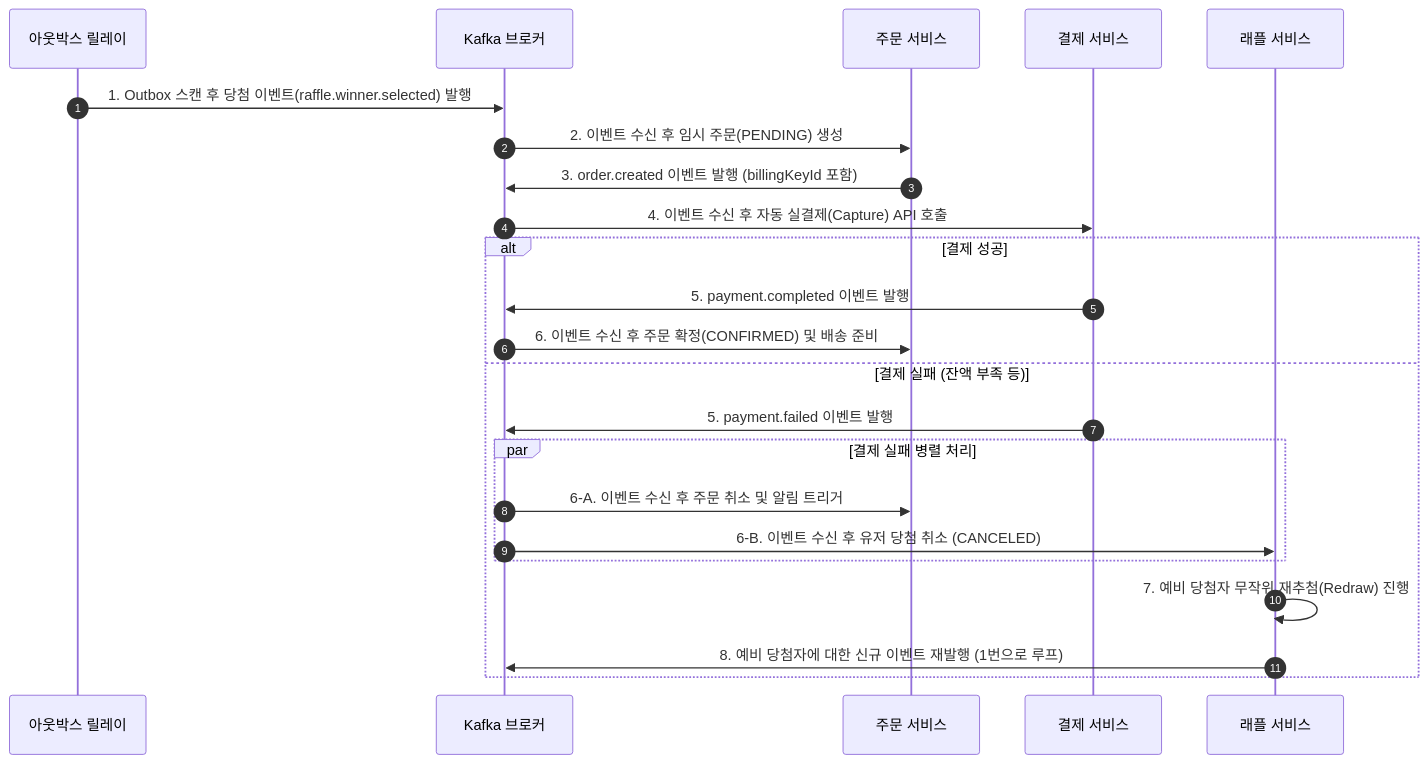
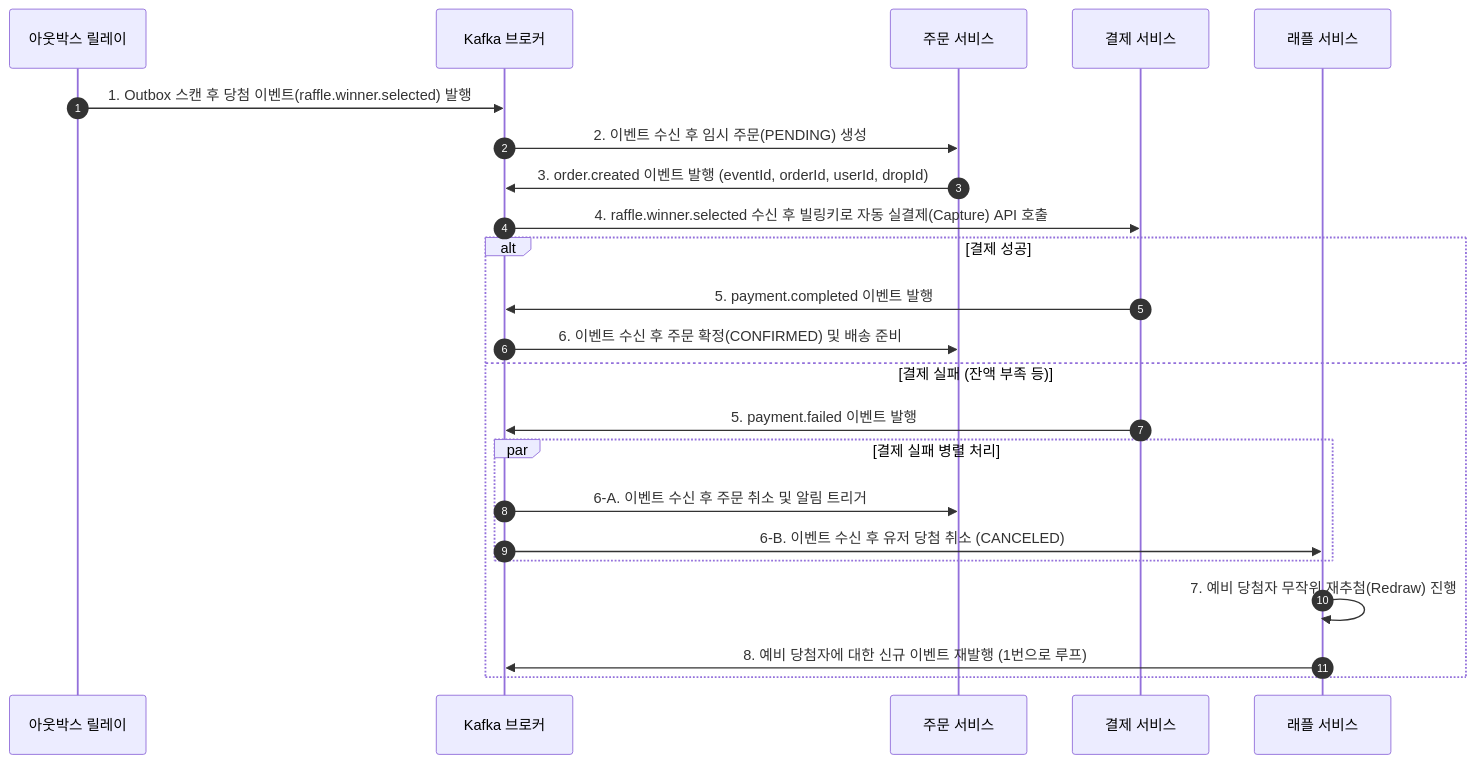
Before and after one commit to OMC-2/OMC: diagram 20 of 20 in docs/08.sequence.md, drawn with Mermaid. The commit also changed other lines of this file and 5 other files, not shown here.

````diff
--- a/docs/08.sequence.md
+++ b/docs/08.sequence.md
@@ -578,31 +578,31 @@
 ```mermaid
 sequenceDiagram
     autonumber
     participant Outbox as 아웃박스 릴레이
     participant Kafka as Kafka 브로커
     participant Order as 주문 서비스
     participant Payment as 결제 서비스
     participant Raffle as 래플 서비스
 
     Outbox->>Kafka: 1. Outbox 스캔 후 당첨 이벤트(raffle.winner.selected) 발행
 
     Kafka->>Order: 2. 이벤트 수신 후 임시 주문(PENDING) 생성
-    Order->>Kafka: 3. order.created 이벤트 발행 (billingKeyId 포함)
+    Order->>Kafka: 3. order.created 이벤트 발행 (eventId, orderId, userId, dropId)
 
-    Kafka->>Payment: 4. 이벤트 수신 후 자동 실결제(Capture) API 호출
+    Kafka->>Payment: 4. raffle.winner.selected 수신 후 빌링키로 자동 실결제(Capture) API 호출
 
     alt 결제 성공
         Payment->>Kafka: 5. payment.completed 이벤트 발행
         Kafka->>Order: 6. 이벤트 수신 후 주문 확정(CONFIRMED) 및 배송 준비
     else 결제 실패 (잔액 부족 등)
         Payment->>Kafka: 5. payment.failed 이벤트 발행
         
         par 결제 실패 병렬 처리
             Kafka->>Order: 6-A. 이벤트 수신 후 주문 취소 및 알림 트리거
             Kafka->>Raffle: 6-B. 이벤트 수신 후 유저 당첨 취소 (CANCELED)
         end
         
         Raffle->>Raffle: 7. 예비 당첨자 무작위 재추첨(Redraw) 진행
         Raffle->>Kafka: 8. 예비 당첨자에 대한 신규 이벤트 재발행 (1번으로 루프)
     end
 ```
````
